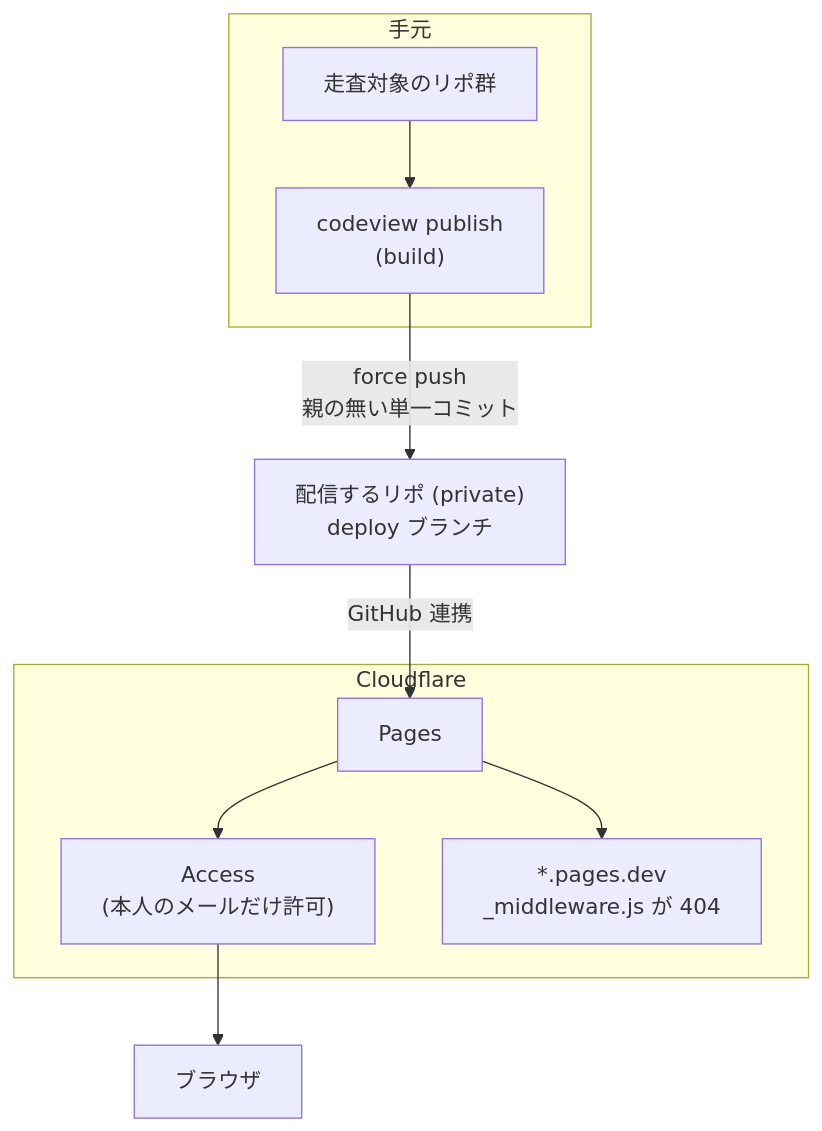
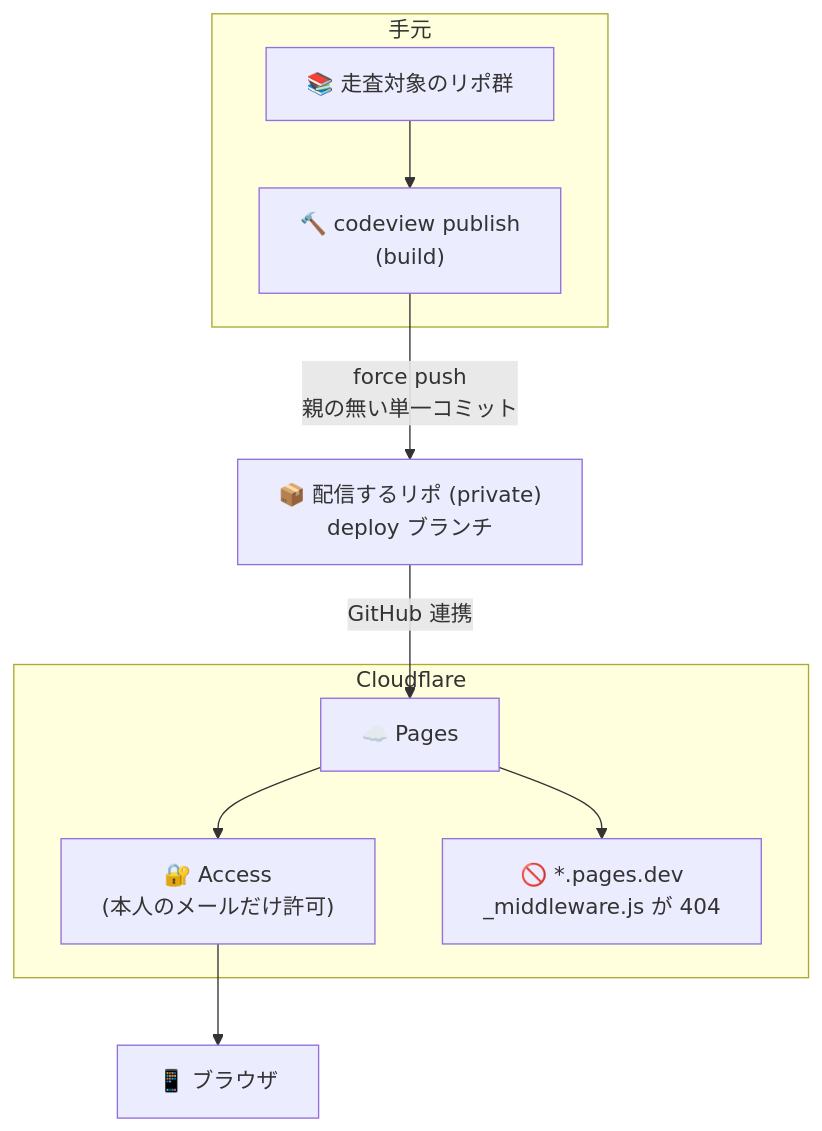
Before and after one commit to yktsnet/codeview: the diagram in README.md, drawn with Mermaid. The commit also changed 1 other file, not shown here.

Commit message:
docs: Mermaid の各ノードに絵文字を置く (#39)

````diff
--- a/README.md
+++ b/README.md
@@ -134,13 +134,13 @@
 ```mermaid
 flowchart TD
   subgraph local["手元"]
-    repos["走査対象のリポ群"] --> build["codeview publish<br/>(build)"]
+    repos["📚 走査対象のリポ群"] --> build["🔨 codeview publish<br/>(build)"]
   end
-  build -- "force push<br/>親の無い単一コミット" --> deploy["配信するリポ (private)<br/>deploy ブランチ"]
+  build -- "force push<br/>親の無い単一コミット" --> deploy["📦 配信するリポ (private)<br/>deploy ブランチ"]
   subgraph cf["Cloudflare"]
-    pages["Pages"] --> access["Access<br/>(本人のメールだけ許可)"]
-    pages --> dev["*.pages.dev<br/>_middleware.js が 404"]
+    pages["☁️ Pages"] --> access["🔐 Access<br/>(本人のメールだけ許可)"]
+    pages --> dev["🚫 *.pages.dev<br/>_middleware.js が 404"]
   end
   deploy -- "GitHub 連携" --> pages
-  access --> phone["ブラウザ"]
+  access --> phone["📱 ブラウザ"]
 ```
````
